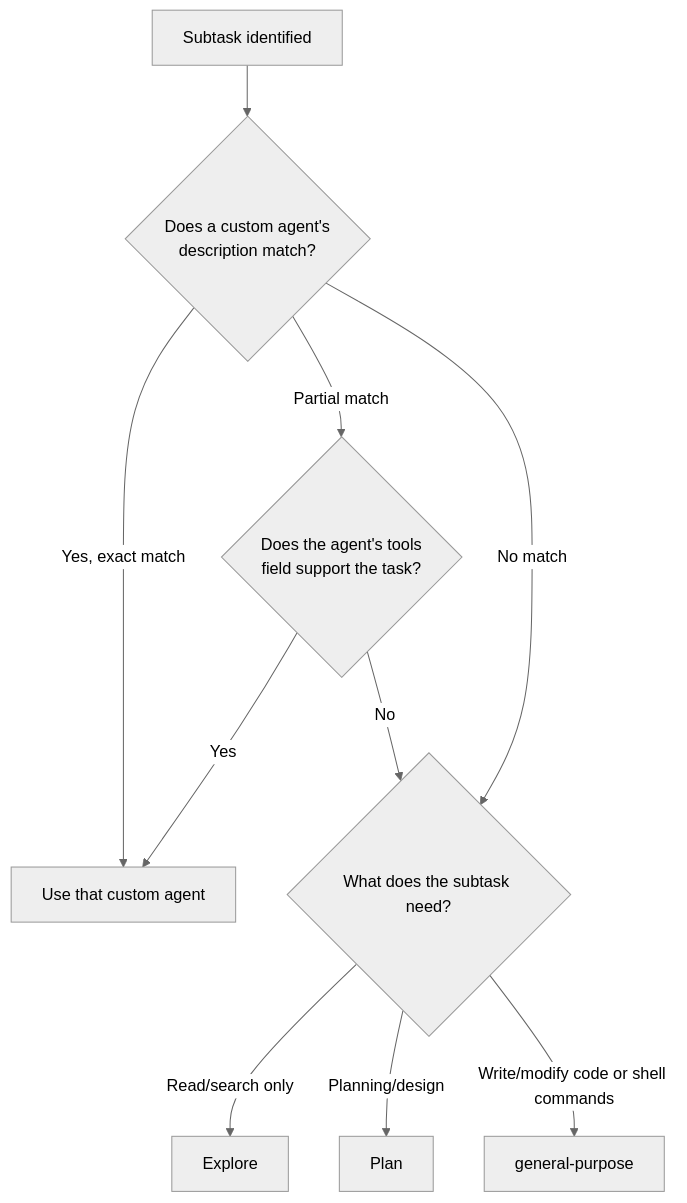
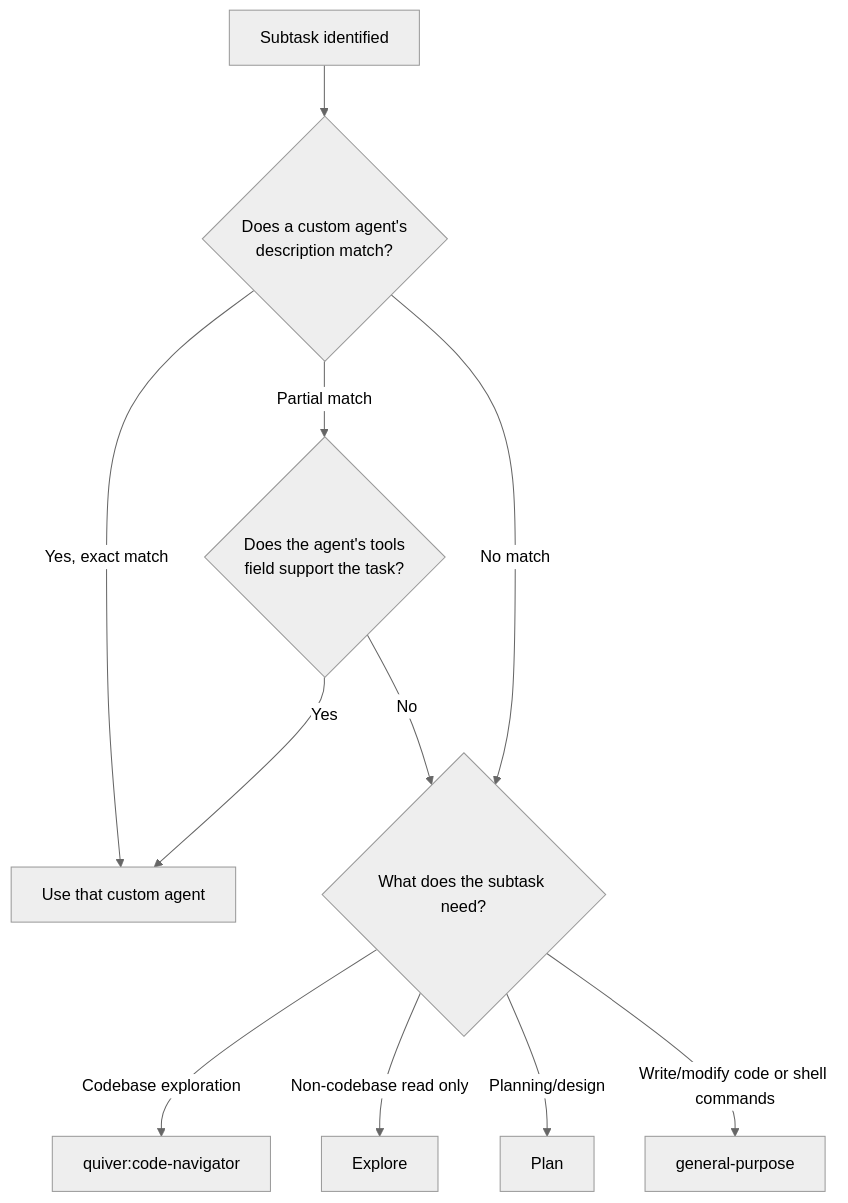
The fifth of 10 diagrams in skills/orchestrate-agents/SKILL.md (yagizdo/quiver), drawn with Mermaid (neutral theme) before and after one commit. The commit also changed other lines of this file and 27 other files, not shown here.

````diff
--- a/skills/orchestrate-agents/SKILL.md
+++ b/skills/orchestrate-agents/SKILL.md
@@ -256,14 +258,15 @@
 ```mermaid
 flowchart TD
     A[Subtask identified] --> B{Does a custom agent's<br/>description match?}
     B -->|Yes, exact match| C[Use that custom agent]
     B -->|Partial match| D{Does the agent's tools<br/>field support the task?}
     B -->|No match| E{What does the subtask need?}
 
     D -->|Yes| C
     D -->|No| E
 
-    E -->|Read/search only| F[Explore]
+    E -->|Codebase exploration| F[quiver:code-navigator]
+    E -->|Non-codebase read only| G[Explore]
     E -->|Planning/design| H[Plan]
     E -->|Write/modify code or shell commands| I[general-purpose]
 ```
````
